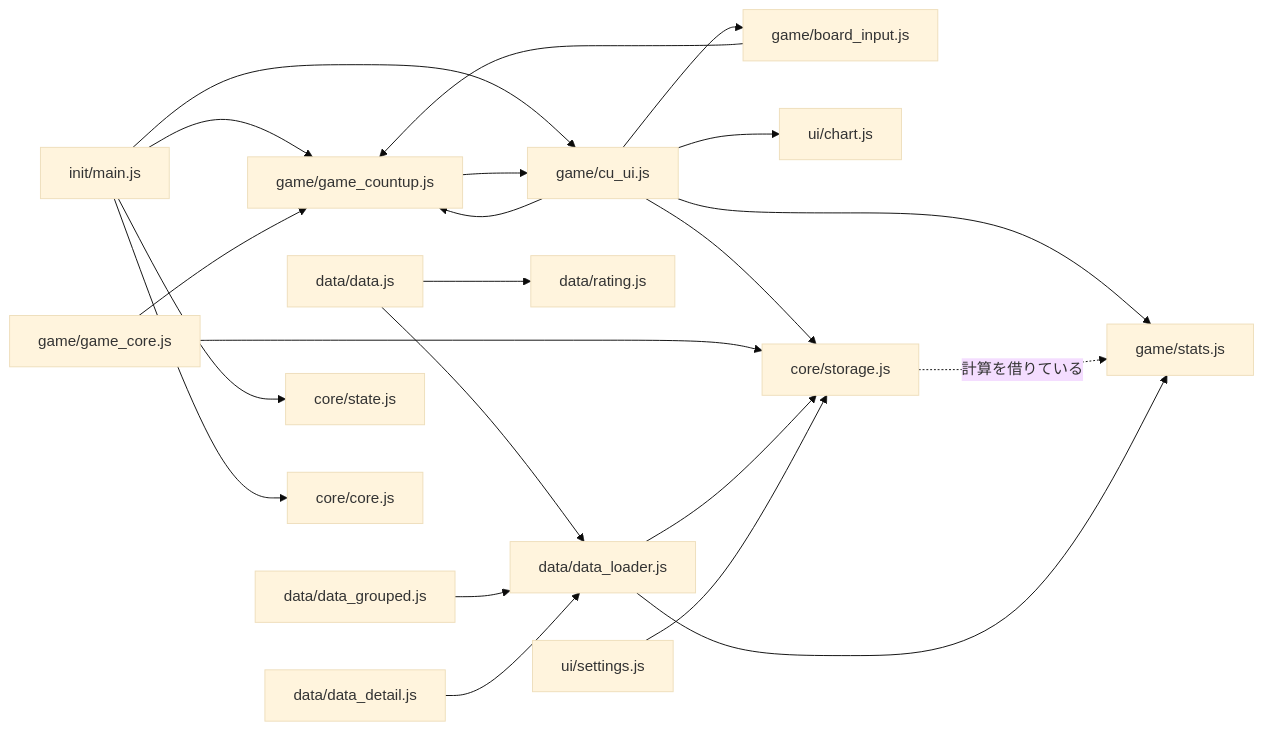
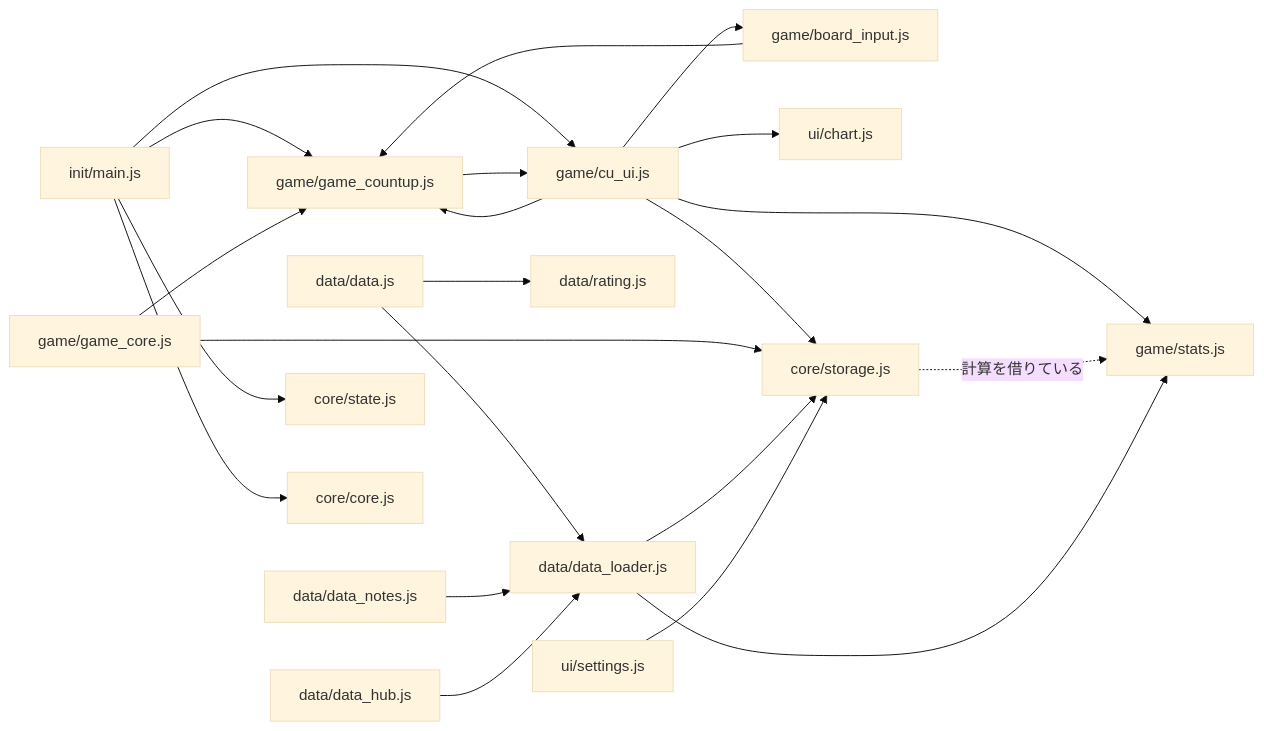
The diagram in docs/design.md (izayoisinya/darts-practice), drawn with Mermaid (base theme) before and after one commit. The commit also changed other lines of this file and 14 other files, not shown here.

````diff
--- a/docs/design.md
+++ b/docs/design.md
@@ -866,24 +838,24 @@
 ```mermaid
 graph LR
   main[init/main.js] --> gc[game/game_countup.js]
   main --> cui[game/cu_ui.js]
   cui --> board[game/board_input.js]
   board --> gc
   cui --> gc
   gc --> cui
   gcore[game/game_core.js] --> gc
   cui --> stats[game/stats.js]
   cui --> chart[ui/chart.js]
   cui --> storage[core/storage.js]
   gcore --> storage
   storage -. 計算を借りている .-> stats
   dl[data/data_loader.js] --> storage
   dl --> stats
   data[data/data.js] --> dl
   data --> rating[data/rating.js]
-  dg[data/data_grouped.js] --> dl
-  dd[data/data_detail.js] --> dl
+  notes[data/data_notes.js] --> dl
+  hub[data/data_hub.js] --> dl
   settings[ui/settings.js] --> storage
   main --> state[core/state.js]
   main --> core[core/core.js]
 ```
````
